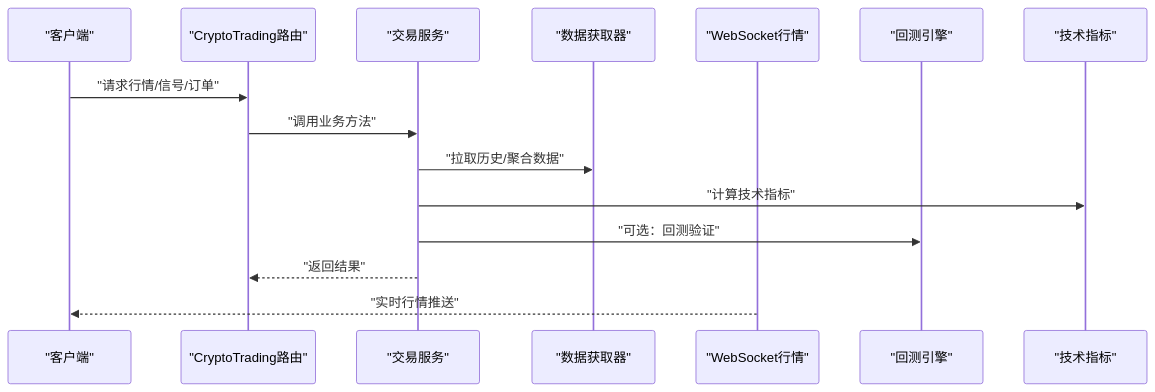
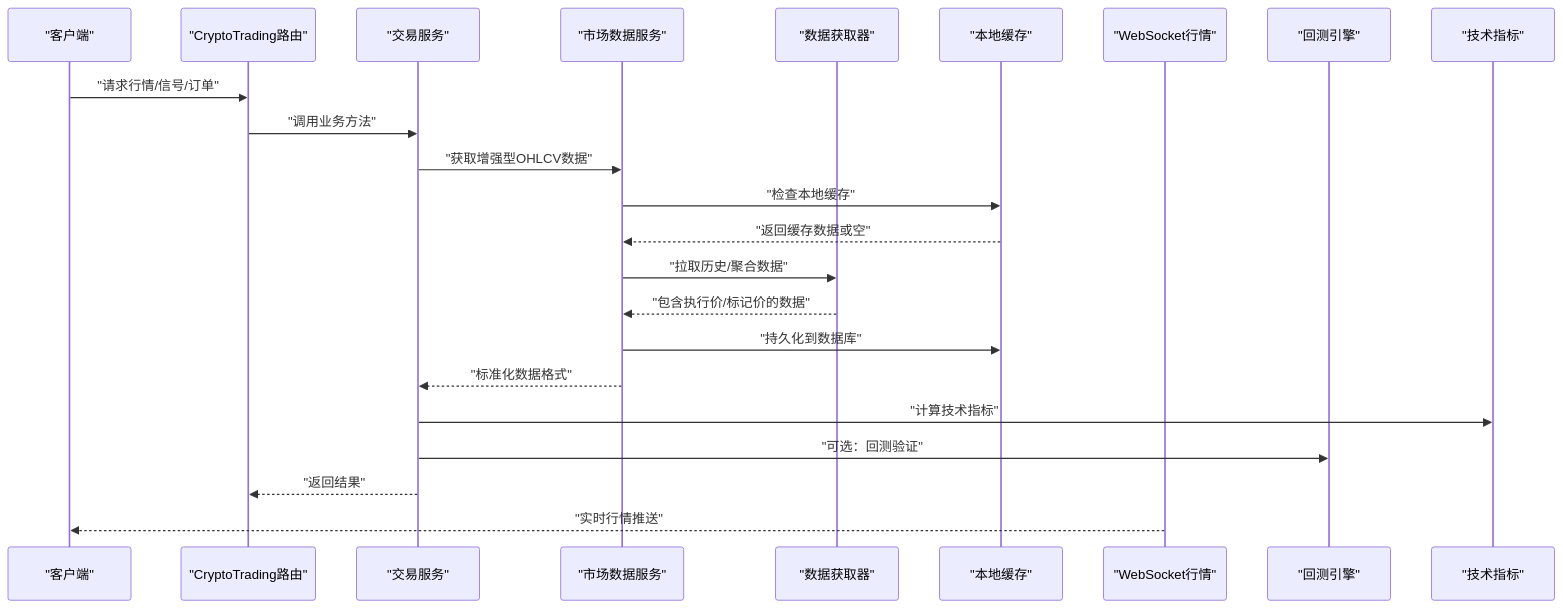
One commit to anYaoooo/daily_stock_analysis changed the second of 12 diagrams in .qoder/repowiki/zh/content/API参考文档/加密货币交易API.md. Above: the diagram before and after it, drawn with Mermaid. The commit also changed other lines of this file and 29 other files, not shown here.

````diff
--- a/.qoder/repowiki/zh/content/API参考文档/加密货币交易API.md
+++ b/.qoder/repowiki/zh/content/API参考文档/加密货币交易API.md
@@ -101,17 +113,25 @@
 ```mermaid
 sequenceDiagram
 participant Client as "客户端"
 participant API as "CryptoTrading路由"
 participant Service as "交易服务"
+participant MarketSvc as "市场数据服务"
 participant Fetcher as "数据获取器"
+participant Cache as "本地缓存"
 participant WS as "WebSocket行情"
 participant Engine as "回测引擎"
 participant Tech as "技术指标"
 Client->>API : "请求行情/信号/订单"
 API->>Service : "调用业务方法"
-Service->>Fetcher : "拉取历史/聚合数据"
+Service->>MarketSvc : "获取增强型OHLCV数据"
+MarketSvc->>Cache : "检查本地缓存"
+Cache -->> MarketSvc : "返回缓存数据或空"
+MarketSvc->>Fetcher : "拉取历史/聚合数据"
+Fetcher-->>MarketSvc : "包含执行价/标记价的数据"
+MarketSvc->>Cache : "持久化到数据库"
+MarketSvc-->>Service : "标准化数据格式"
 Service->>Tech : "计算技术指标"
 Service->>Engine : "可选：回测验证"
 Service-->>API : "返回结果"
 WS-->>Client : "实时行情推送"
 ```
````
